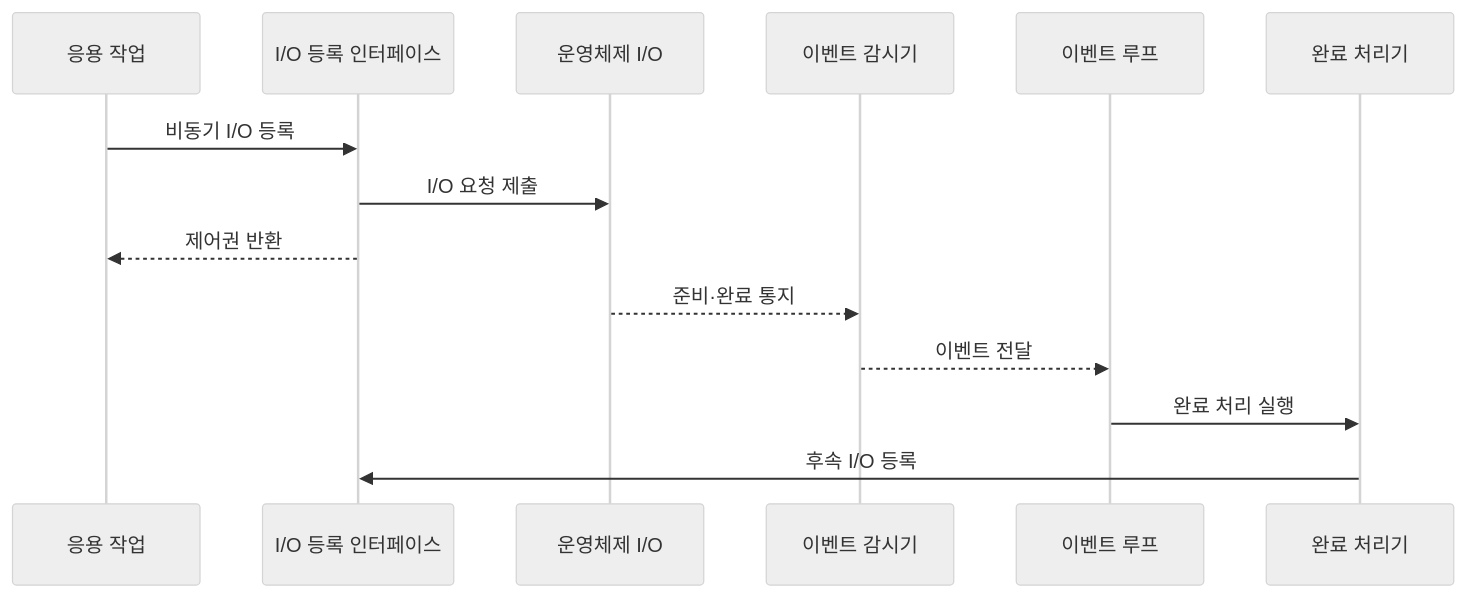
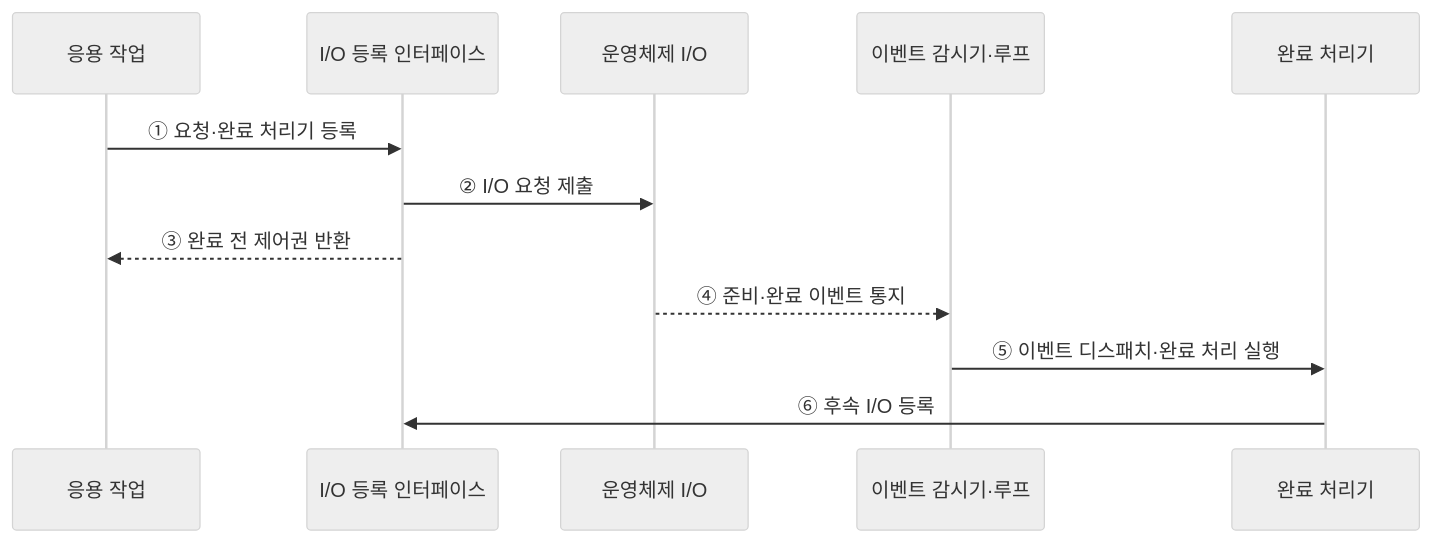
The second of 2 diagrams in src/content/docs/notes/03-software/026_async_io_event_loop.md (agnusdei1207/knowledge-base), drawn with Mermaid (neutral theme) before and after one commit. The commit also changed other lines of this file and 20 other files, not shown here.

````diff
--- a/src/content/docs/notes/03-software/026_async_io_event_loop.md
+++ b/src/content/docs/notes/03-software/026_async_io_event_loop.md
@@ -95,16 +87,14 @@
 ```mermaid
 sequenceDiagram
     participant A as 응용 작업
     participant I as I/O 등록 인터페이스
     participant K as 운영체제 I/O
-    participant D as 이벤트 감시기
-    participant L as 이벤트 루프
+    participant L as 이벤트 감시기·루프
     participant H as 완료 처리기
-    A->>I: 비동기 I/O 등록
-    I->>K: I/O 요청 제출
-    I-->>A: 제어권 반환
-    K-->>D: 준비·완료 통지
-    D-->>L: 이벤트 전달
-    L->>H: 완료 처리 실행
-    H->>I: 후속 I/O 등록
+    A->>I: ① 요청·완료 처리기 등록
+    I->>K: ② I/O 요청 제출
+    I-->>A: ③ 완료 전 제어권 반환
+    K-->>L: ④ 준비·완료 이벤트 통지
+    L->>H: ⑤ 이벤트 디스패치·완료 처리 실행
+    H->>I: ⑥ 후속 I/O 등록
 ```
````
